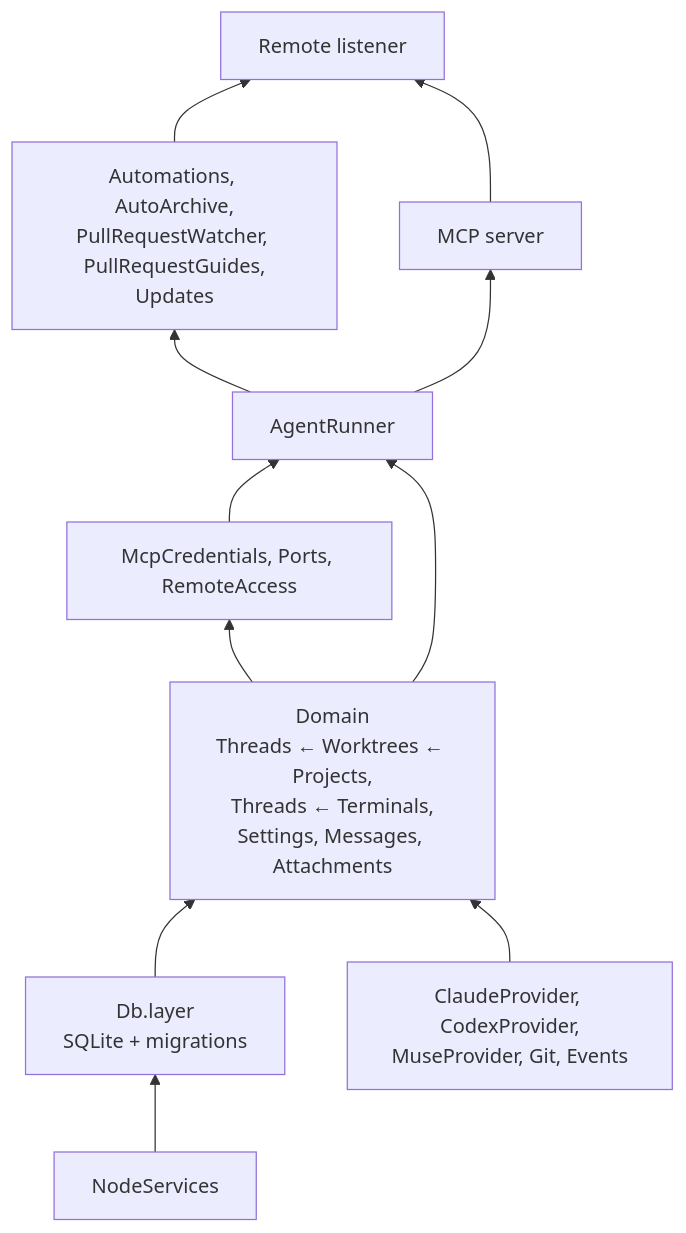
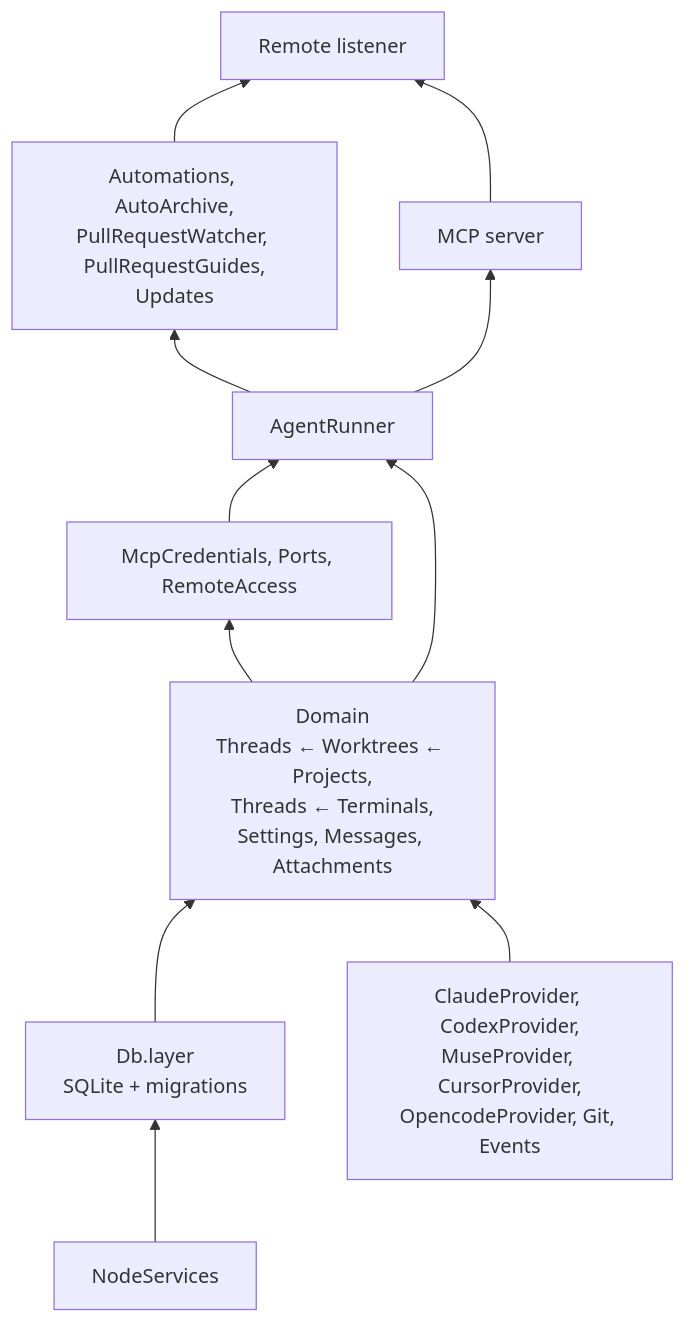
The fourth of 17 diagrams in docs/arch.md (hinadev-ai/hinacode), drawn with Mermaid before and after one commit. The commit also changed other lines of this file and 4 other files, not shown here.

````diff
--- a/docs/arch.md
+++ b/docs/arch.md
@@ -122,20 +122,20 @@
 ```mermaid
 flowchart BT
   node["NodeServices"]
   db["Db.layer<br/>SQLite + migrations"]
-  infra["ClaudeProvider, CodexProvider,<br/>MuseProvider, Git, Events"]
+  infra["ClaudeProvider, CodexProvider,<br/>MuseProvider, CursorProvider,<br/>OpencodeProvider, Git, Events"]
   domain["Domain<br/>Threads ← Worktrees ← Projects,<br/>Threads ← Terminals,<br/>Settings, Messages, Attachments"]
   features["McpCredentials, Ports, RemoteAccess"]
   runner["AgentRunner"]
   autos["Automations, AutoArchive,<br/>PullRequestWatcher, PullRequestGuides,<br/>Updates"]
   mcp["MCP server"]
   remote["Remote listener"]
 
   node --> db --> domain
   infra --> domain
   domain --> features --> runner
   domain --> runner
   runner --> autos
   runner --> mcp
   autos & mcp --> remote
 ```
````
